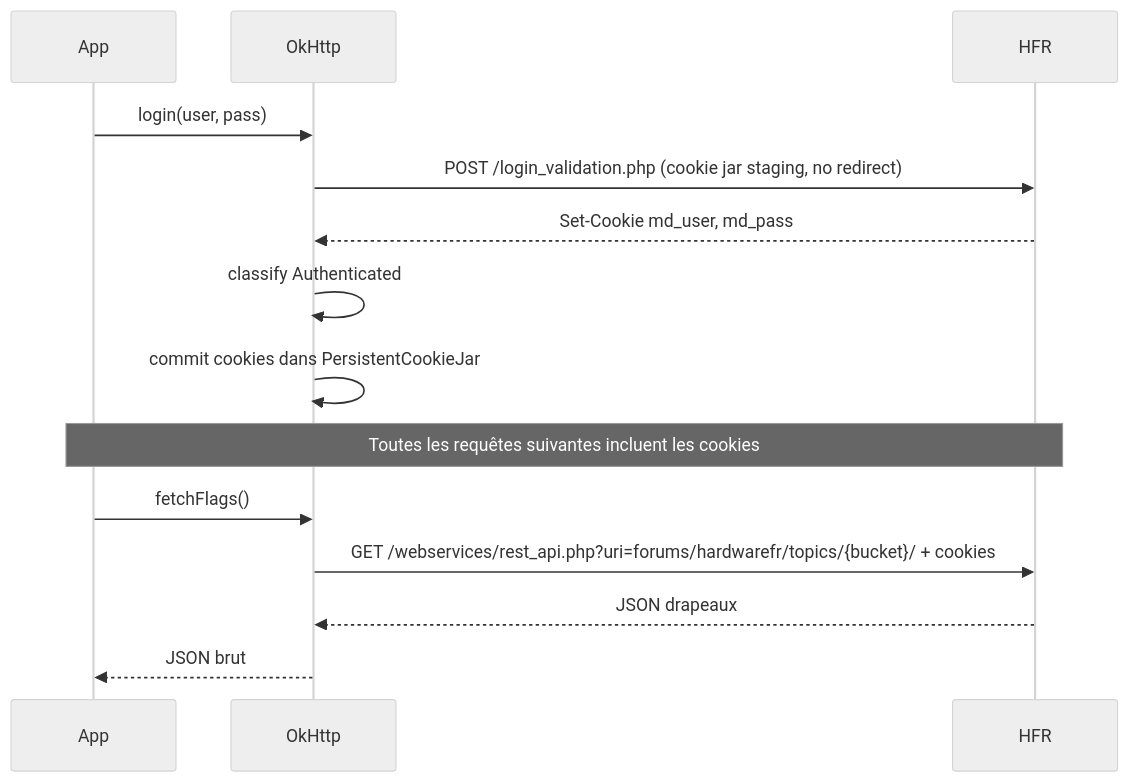
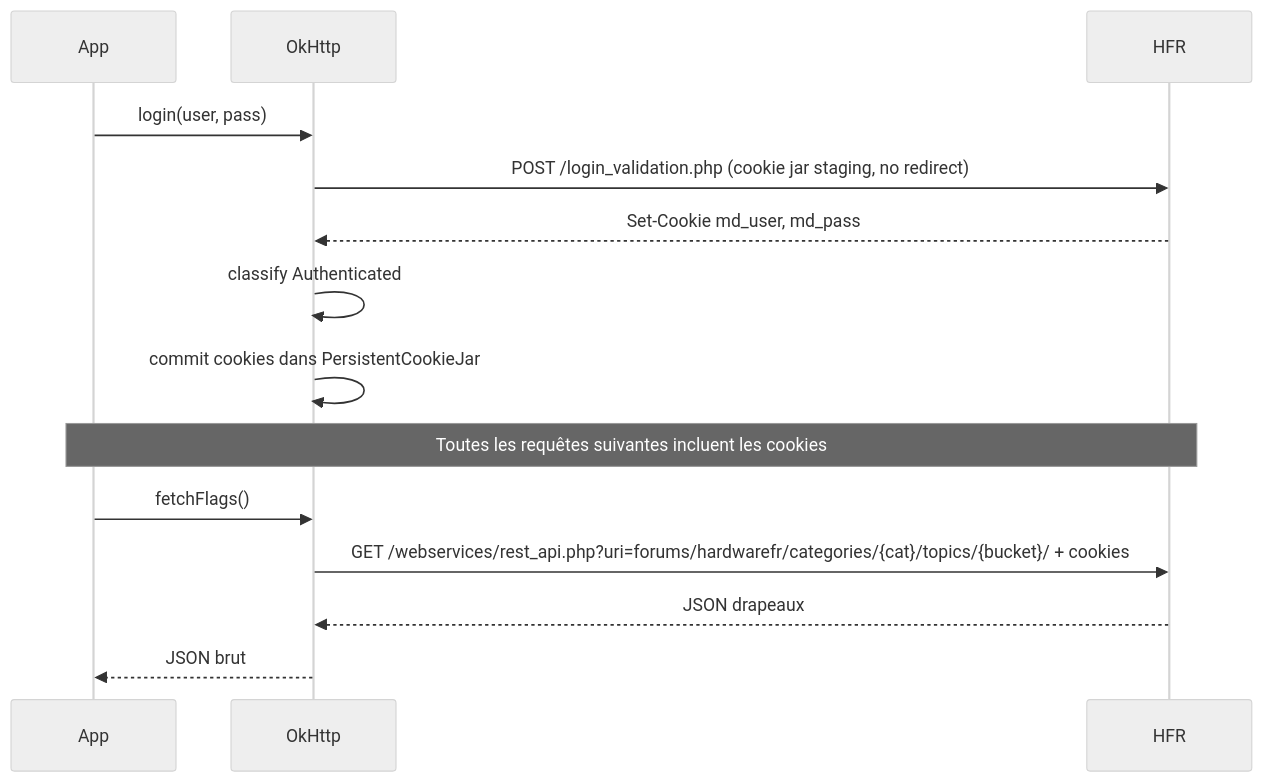
The third of 3 diagrams in docs/specs/architecture.md (ForumHFR/redface2), drawn with Mermaid (neutral theme) before and after one commit. The commit also changed other lines of this file and 4 other files, not shown here.

````diff
--- a/docs/specs/architecture.md
+++ b/docs/specs/architecture.md
@@ -383,19 +383,19 @@
 ```mermaid
 sequenceDiagram
     participant App
     participant OkHttp
     participant HFR
 
     App->>OkHttp: login(user, pass)
     OkHttp->>HFR: POST /login_validation.php (cookie jar staging, no redirect)
     HFR-->>OkHttp: Set-Cookie md_user, md_pass
     OkHttp->>OkHttp: classify Authenticated
     OkHttp->>OkHttp: commit cookies dans PersistentCookieJar
 
     Note over App,HFR: Toutes les requêtes suivantes incluent les cookies
 
     App->>OkHttp: fetchFlags()
-    OkHttp->>HFR: GET /webservices/rest_api.php?uri=forums/hardwarefr/topics/{bucket}/ + cookies
+    OkHttp->>HFR: GET /webservices/rest_api.php?uri=forums/hardwarefr/categories/{cat}/topics/{bucket}/ + cookies
     HFR-->>OkHttp: JSON drapeaux
     OkHttp-->>App: JSON brut
 ```
````
